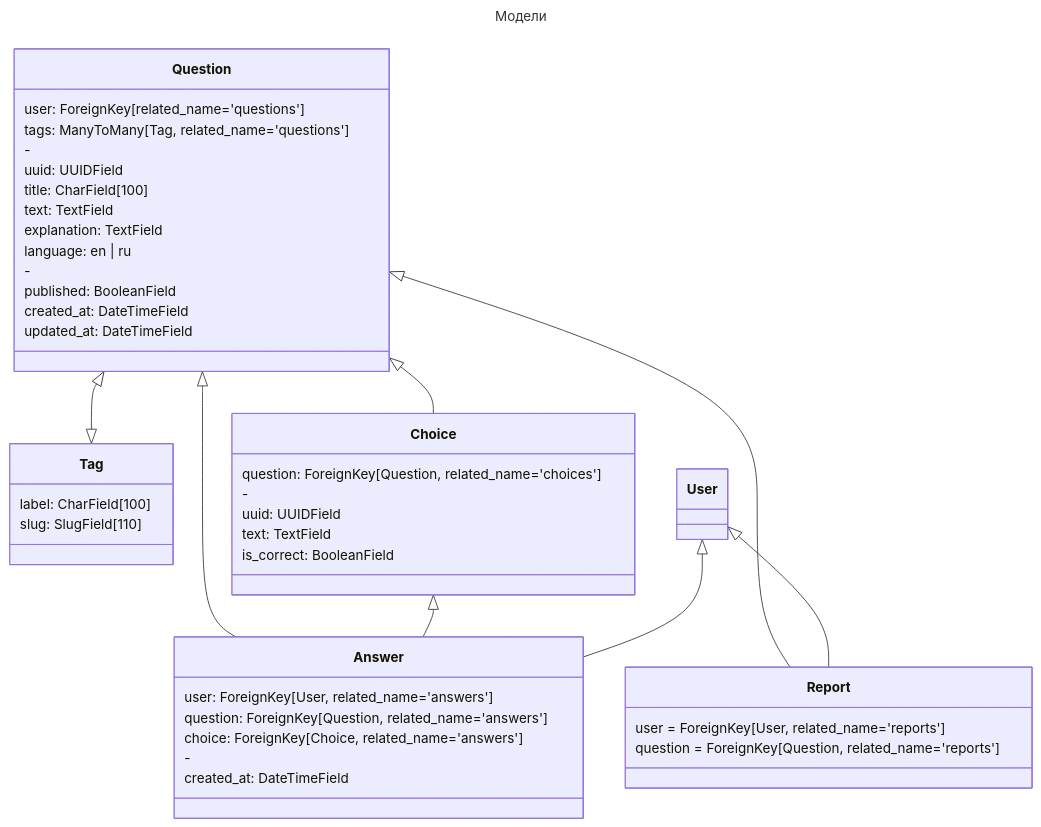
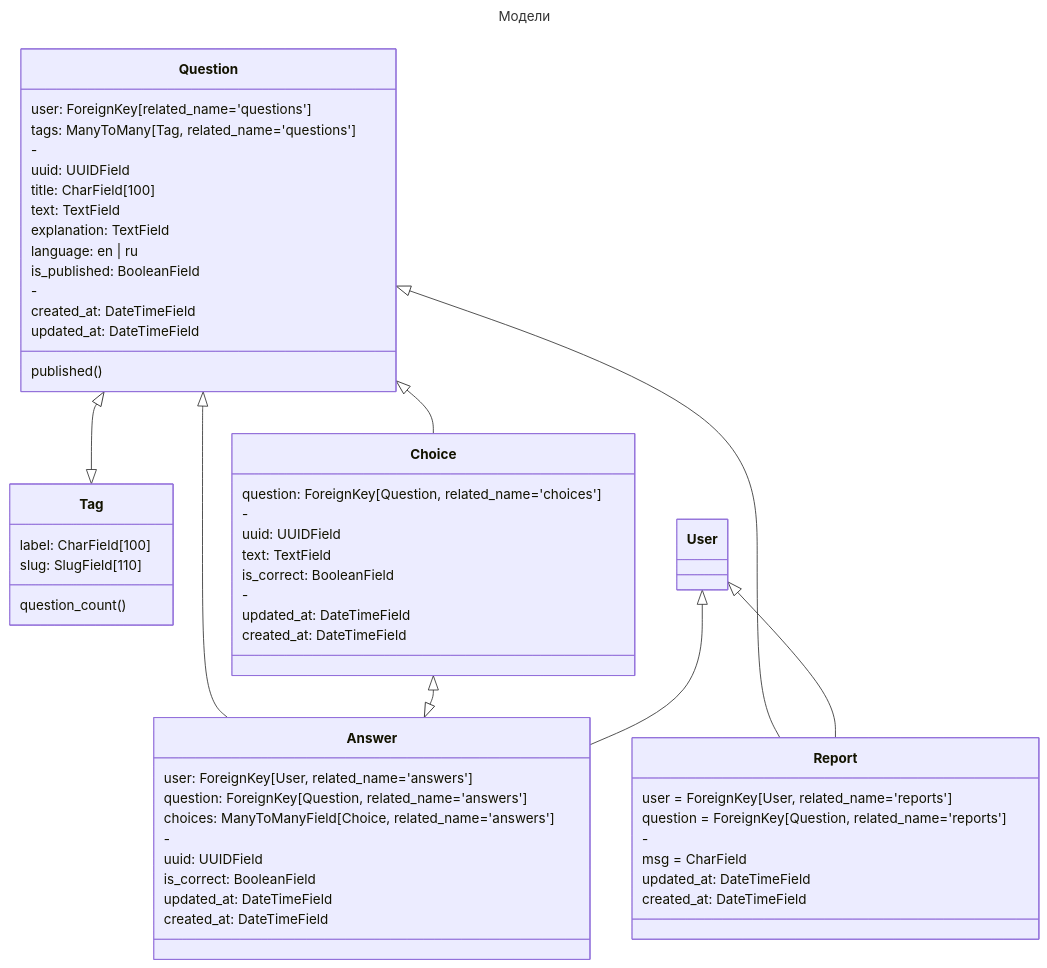
Before and after one commit to DmitryPi/brainrefresh: the diagram in README.md, drawn with Mermaid.

Commit message:
Update README mermaid

````diff
--- a/README.md
+++ b/README.md
@@ -75,53 +75,65 @@
 ```mermaid
 ---
 title: Модели
 ---
 classDiagram
     Question <|--|> Tag
     Question <|-- Choice
     Question <|-- Report
     Question <|-- Answer
-    Choice <|-- Answer
+    Choice <|--|> Answer
     User <|-- Answer
     User <|-- Report
 
     class Question {
         user: ForeignKey[related_name='questions']
         tags: ManyToMany[Tag, related_name='questions']
         -
         uuid: UUIDField
         title: CharField[100]
         text: TextField
         explanation: TextField
         language: en | ru
+        is_published: BooleanField
         -
-        published: BooleanField
         created_at: DateTimeField
         updated_at: DateTimeField
+        published()
     }
     class Tag {
         label: CharField[100]
         slug: SlugField[110]
+        question_count()
     }
     class Choice {
         question: ForeignKey[Question, related_name='choices']
         -
         uuid: UUIDField
         text: TextField
         is_correct: BooleanField
+        -
+        updated_at: DateTimeField
+        created_at: DateTimeField
     }
     class Report {
         user = ForeignKey[User, related_name='reports']
         question = ForeignKey[Question, related_name='reports']
+        -
+        msg = CharField
+        updated_at: DateTimeField
+        created_at: DateTimeField
     }
     class Answer {
         user: ForeignKey[User, related_name='answers']
         question: ForeignKey[Question, related_name='answers']
-        choice: ForeignKey[Choice, related_name='answers']
+        choices: ManyToManyField[Choice, related_name='answers']
         -
+        uuid: UUIDField
+        is_correct: BooleanField
+        updated_at: DateTimeField
         created_at: DateTimeField
     }
     class User {
 
     }
 ```
````
